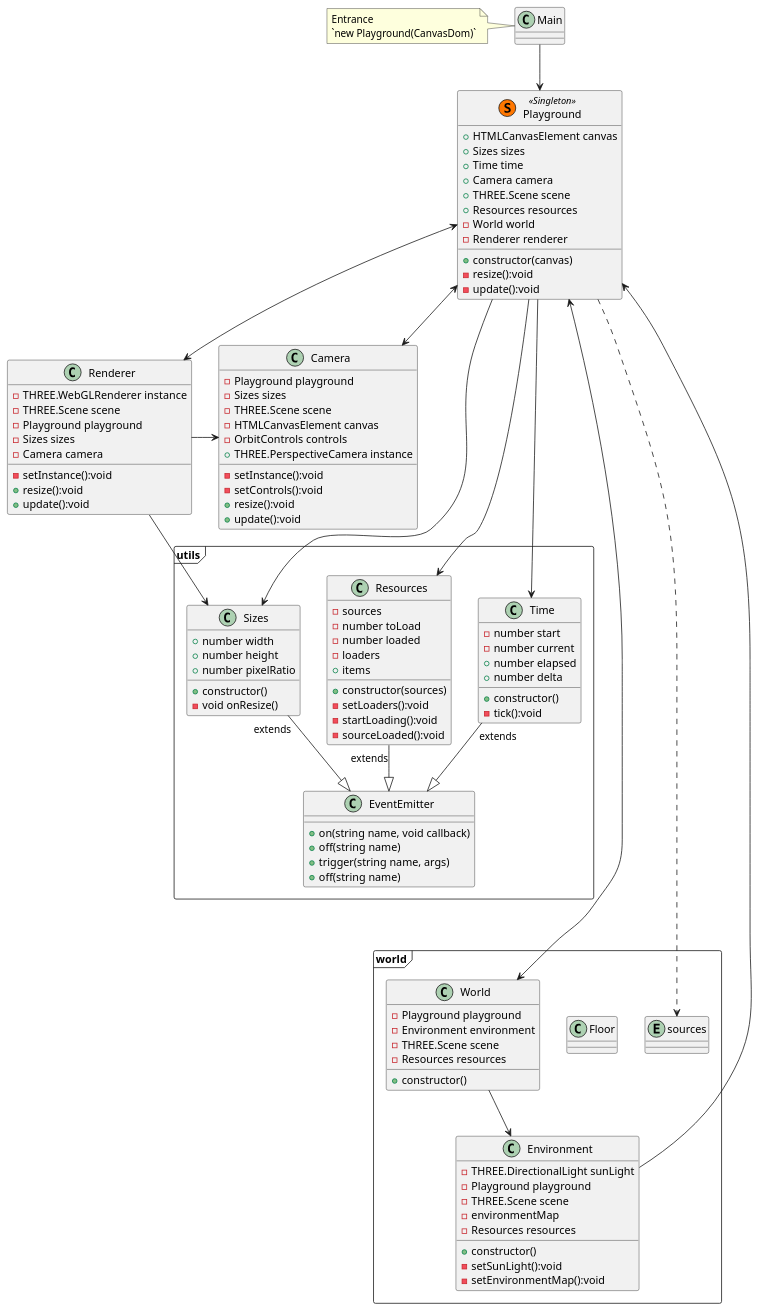
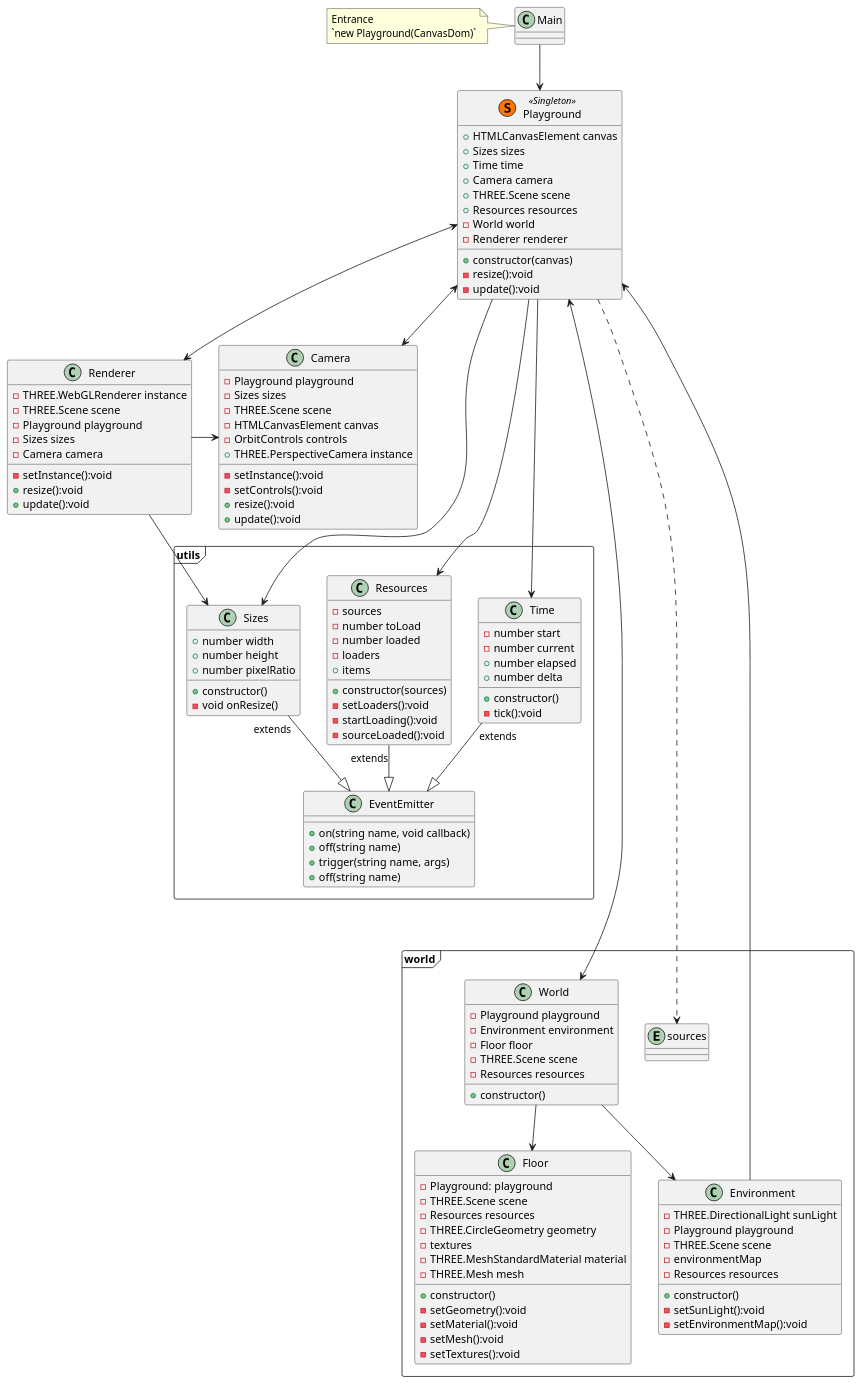
One commit to Gaohaoyang/threeJourney changed the diagram in docs/26-codeStructure.md. Above: the diagram before and after it, drawn with PlantUML. The commit also changed 19 other files, not shown here.

```diff
--- a/docs/26-codeStructure.md
+++ b/docs/26-codeStructure.md
@@ -92,6 +92,7 @@
   class World {
     -Playground playground
     -Environment environment
+    -Floor floor
     -THREE.Scene scene
     -Resources resources
     +constructor()
@@ -106,7 +107,20 @@
     -setSunLight():void
     -setEnvironmentMap():void
   }
-  class Floor {}
+  class Floor {
+    -Playground: playground
+    -THREE.Scene scene
+    -Resources resources
+    -THREE.CircleGeometry geometry
+    -textures
+    -THREE.MeshStandardMaterial material
+    -THREE.Mesh mesh
+    +constructor()
+    -setGeometry():void
+    -setMaterial():void
+    -setMesh():void
+    -setTextures():void
+  }
   entity sources {}
 }
 
@@ -119,6 +133,7 @@
 ' Playground ----> THREE
 Playground <-- Environment
 World --> Environment
+World --> Floor
 Playground <------> World
 Playground <--> Camera
 Playground <--> Renderer
```
